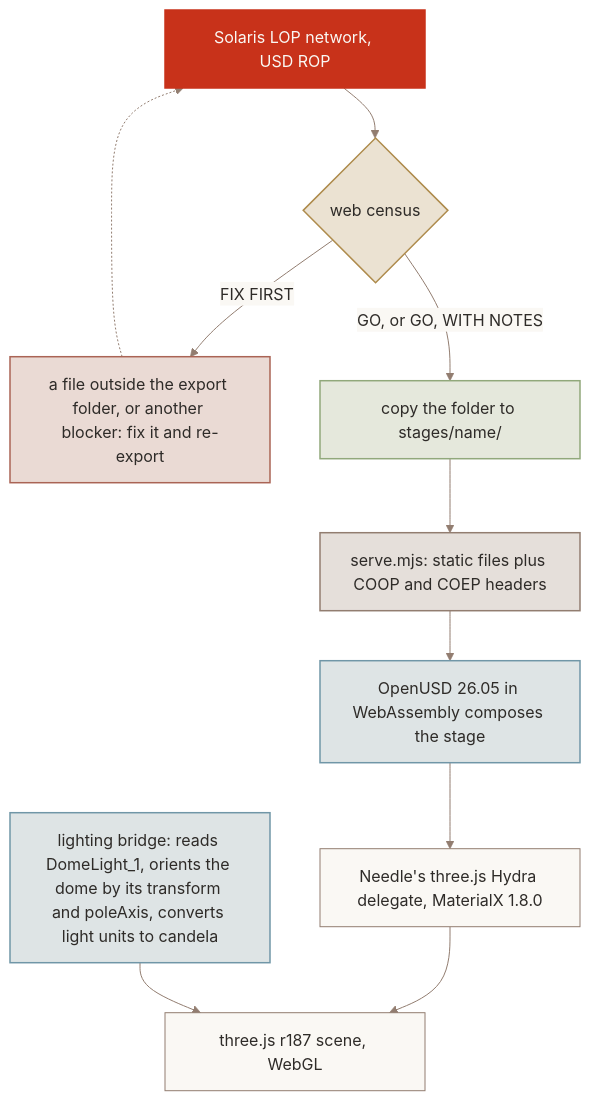
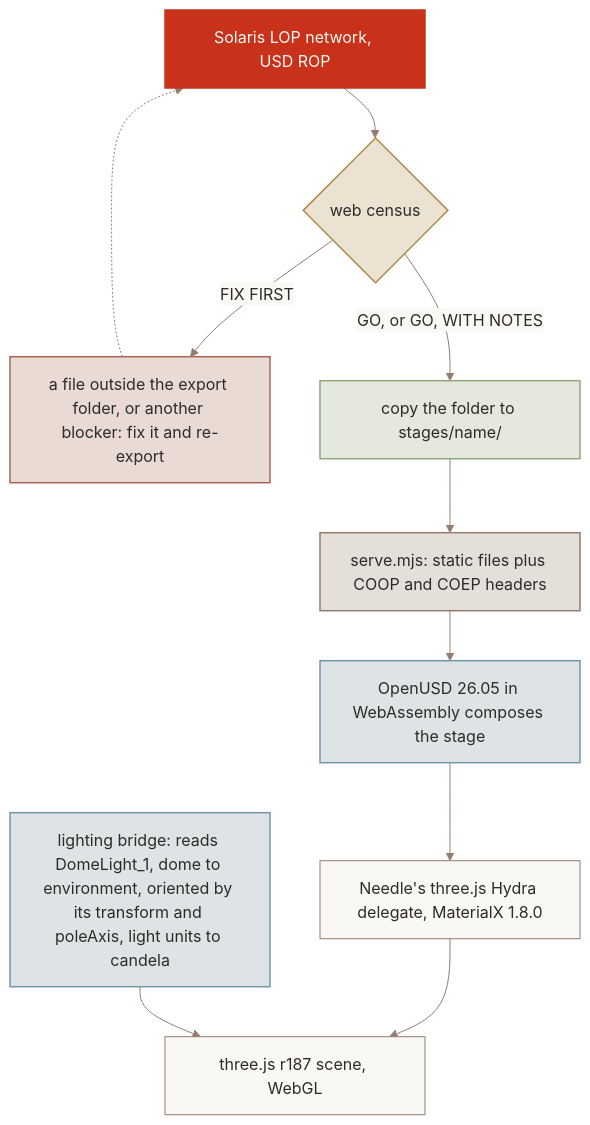
The diagram in README.md (JosephOIbrahim/Solaris-to-Three.js), drawn with Mermaid before and after one commit. The commit also changed 1 other file, not shown here.

Commit message:
docs(readme): keep "dome to environment" in both lighting bridge labels
The first pass replaced the old label instead of extending it. Both
diagrams now say the bridge reads DomeLight_1, turns the dome into the
environment, orients it by its transform and poleAxis, and converts
light units to candela.

````diff
--- a/README.md
+++ b/README.md
@@ -85,19 +85,19 @@
 ```mermaid
 %%{init: {"theme": "base", "themeVariables": {"fontFamily": "Archivo, BlinkMacSystemFont, Segoe UI, Roboto, Helvetica Neue, Helvetica, Arial, Noto Sans, Liberation Sans, DejaVu Sans", "fontSize": "16px", "primaryColor": "#FAF8F4", "primaryTextColor": "#2E2B28", "primaryBorderColor": "#927D70", "secondaryColor": "#F1ECE4", "tertiaryColor": "#F1ECE4", "lineColor": "#927D70", "arrowheadColor": "#927D70", "textColor": "#83776D", "nodeTextColor": "#2E2B28", "clusterBkg": "#F1ECE4", "clusterBorder": "#927D70", "titleColor": "#2E2B28", "edgeLabelBackground": "#FAF8F4", "noteBkgColor": "#F1ECE4", "noteTextColor": "#2E2B28", "noteBorderColor": "#927D70"}}}%%
 flowchart TB
   rop["Solaris LOP network, USD ROP"]:::accent --> census{"web census"}:::ochre
   census -->|FIX FIRST| fix["a file outside the export folder, or another blocker: fix it and re-export"]:::clay
   fix -.-> rop
   census -->|"GO, or GO, WITH NOTES"| copy["copy the folder to stages/name/"]:::moss
   copy --> server["serve.mjs: static files plus COOP and COEP headers"]:::umber
   server --> usd["OpenUSD 26.05 in WebAssembly composes the stage"]:::stone
   usd --> delegate["Needle's three.js Hydra delegate, MaterialX 1.8.0"]
   delegate --> scene["three.js r187 scene, WebGL"]
-  bridge["lighting bridge: reads DomeLight_1, orients the dome by its transform and poleAxis, converts light units to candela"]:::stone --> scene
+  bridge["lighting bridge: reads DomeLight_1, dome to environment, oriented by its transform and poleAxis, light units to candela"]:::stone --> scene
   classDef stone fill:#DEE4E5,stroke:#7096A7,stroke-width:1.5px,color:#2E2B28
   classDef moss fill:#E5E8DC,stroke:#91A87B,stroke-width:1.5px,color:#2E2B28
   classDef ochre fill:#EBE2D2,stroke:#AE8B4C,stroke-width:1.5px,color:#2E2B28
   classDef clay fill:#EADAD4,stroke:#AA6455,stroke-width:1.5px,color:#2E2B28
   classDef umber fill:#E5DFDA,stroke:#927D70,stroke-width:1.5px,color:#2E2B28
   classDef accent fill:#C8321A,stroke:#C8321A,stroke-width:1.5px,color:#FAF8F4
 ```
````
